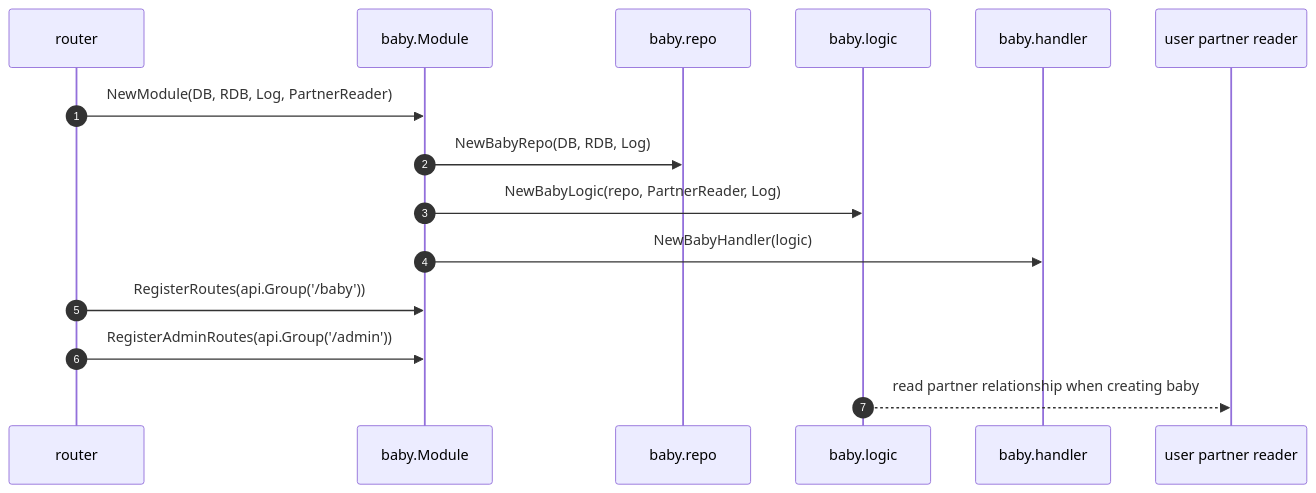
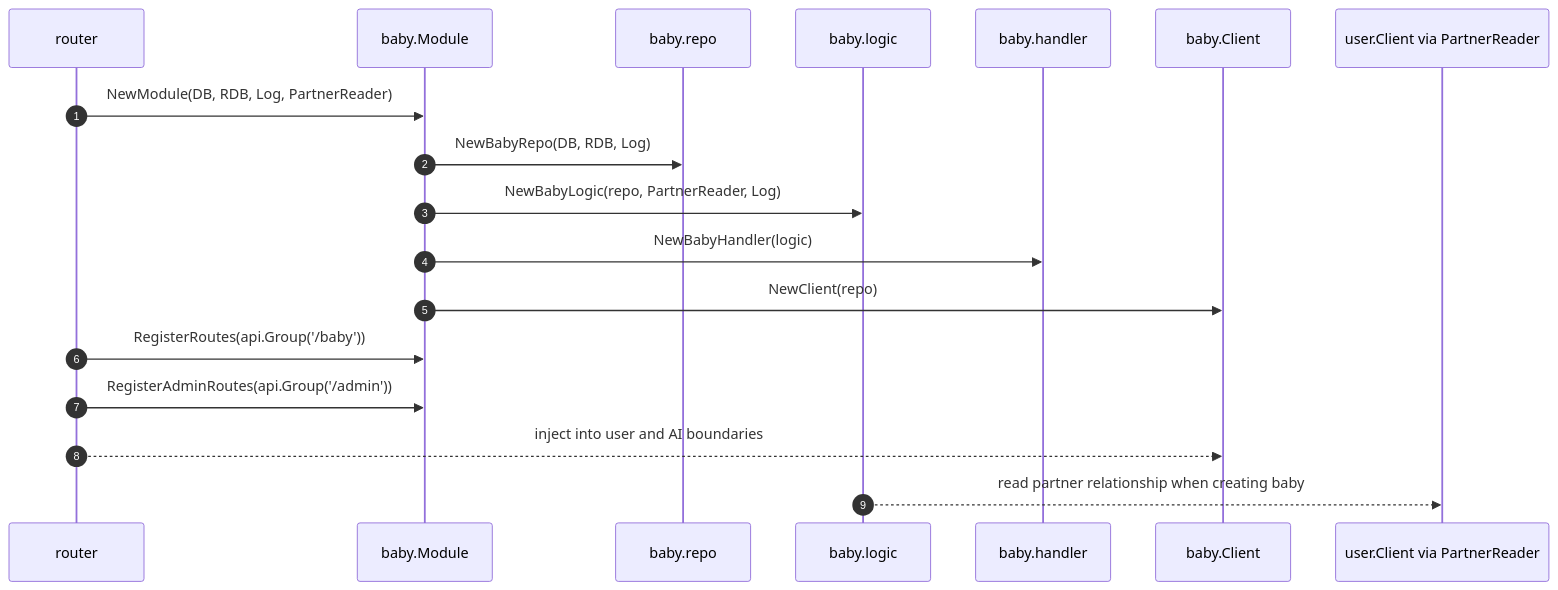
One commit to Goblin-Master/nurture changed the first of 6 diagrams in internal/baby/doc/README.md. Above: the diagram before and after it, drawn with Mermaid. The commit also changed other lines of this file and 14 other files, not shown here.

````diff
--- a/internal/baby/doc/README.md
+++ b/internal/baby/doc/README.md
@@ -7,18 +7,21 @@
 ```mermaid
 sequenceDiagram
   autonumber
   participant Router as router
   participant Module as baby.Module
   participant Repo as baby.repo
   participant Logic as baby.logic
   participant Handler as baby.handler
-  participant User as user partner reader
+  participant BabyClient as baby.Client
+  participant User as user.Client via PartnerReader
 
   Router->>Module: NewModule(DB, RDB, Log, PartnerReader)
   Module->>Repo: NewBabyRepo(DB, RDB, Log)
   Module->>Logic: NewBabyLogic(repo, PartnerReader, Log)
   Module->>Handler: NewBabyHandler(logic)
+  Module->>BabyClient: NewClient(repo)
   Router->>Module: RegisterRoutes(api.Group('/baby'))
   Router->>Module: RegisterAdminRoutes(api.Group('/admin'))
+  Router-->>BabyClient: inject into user and AI boundaries
   Logic-->>User: read partner relationship when creating baby
 ```
````
